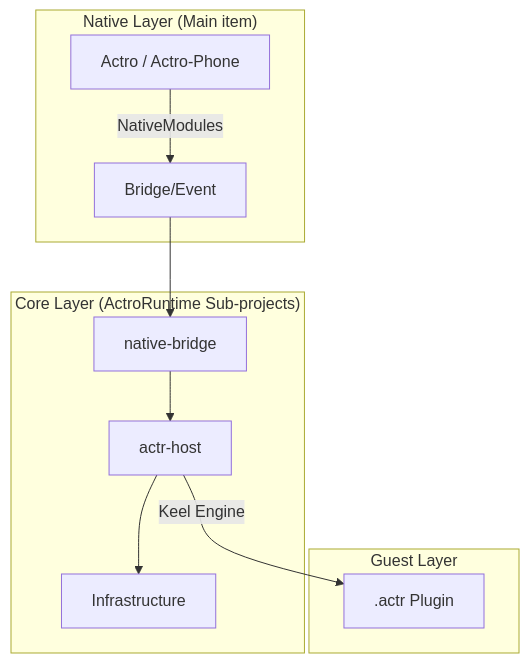
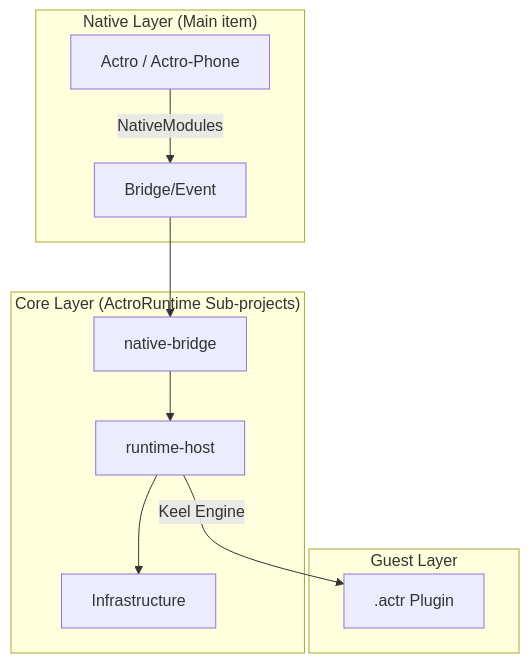
One commit to Actrium/actrium changed the diagram in ios/AGENTS.md. Above: the diagram before and after it, drawn with Mermaid. The commit also changed other lines of this file and 340 other files, not shown here.

````diff
--- a/ios/AGENTS.md
+++ b/ios/AGENTS.md
@@ -9,16 +9,16 @@
 ```mermaid
 graph TD
     subgraph "Native Layer (Main item)"
         A[Actro / Actro-Phone] -->|NativeModules| B[Bridge/Event]
     end
 
     subgraph "Core Layer (ActroRuntime Sub-projects)"
         B --> C[native-bridge]
-        C --> D[actr-host]
+        C --> D[runtime-host]
         D --> E[Infrastructure]
     end
 
     subgraph "Guest Layer"
         D -->|Keel Engine| F[.actr Plugin]
     end
 ```
````
